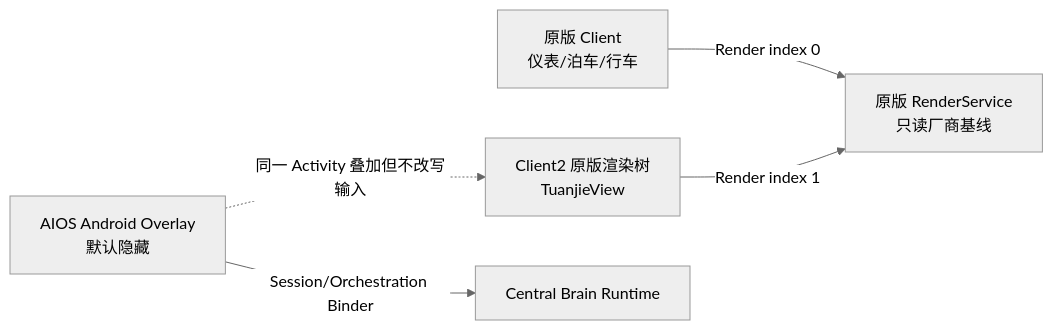
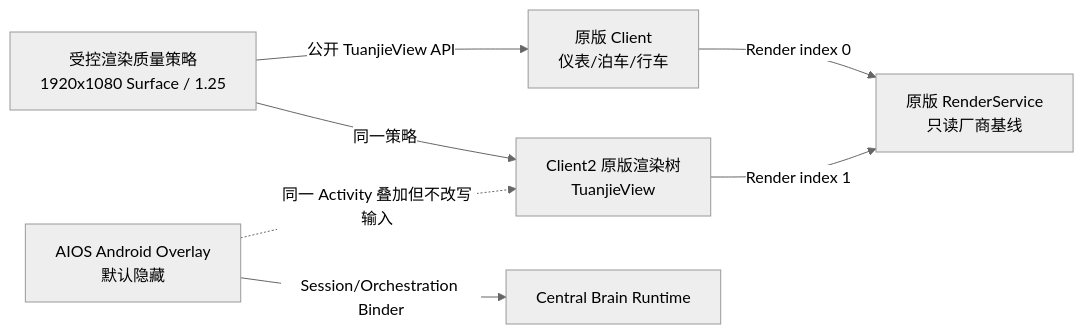
Before and after one commit to LucasWEIchen/CougarOS: the fourth of 20 diagrams in docs/CENTRAL_BRAIN_SOFTWARE_ARCHITECTURE.md, drawn with Mermaid (neutral theme). The commit also changed other lines of this file and 22 other files, not shown here.

````diff
--- a/docs/CENTRAL_BRAIN_SOFTWARE_ARCHITECTURE.md
+++ b/docs/CENTRAL_BRAIN_SOFTWARE_ARCHITECTURE.md
@@ -160,7 +160,9 @@
 ```mermaid
 flowchart LR
     C1["原版 Client<br/>仪表/泊车/行车"] -->|"Render index 0"| RS["原版 RenderService<br/>只读厂商基线"]
     C2["Client2 原版渲染树<br/>TuanjieView"] -->|"Render index 1"| RS
+    Q["受控渲染质量策略<br/>1920x1080 Surface / 1.25"] -->|"公开 TuanjieView API"| C1
+    Q -->|"同一策略"| C2
     O["AIOS Android Overlay<br/>默认隐藏"] -->|"Session/Orchestration Binder"| RT["Central Brain Runtime"]
     O -. "同一 Activity 叠加但不改写输入" .-> C2
 ```
````
